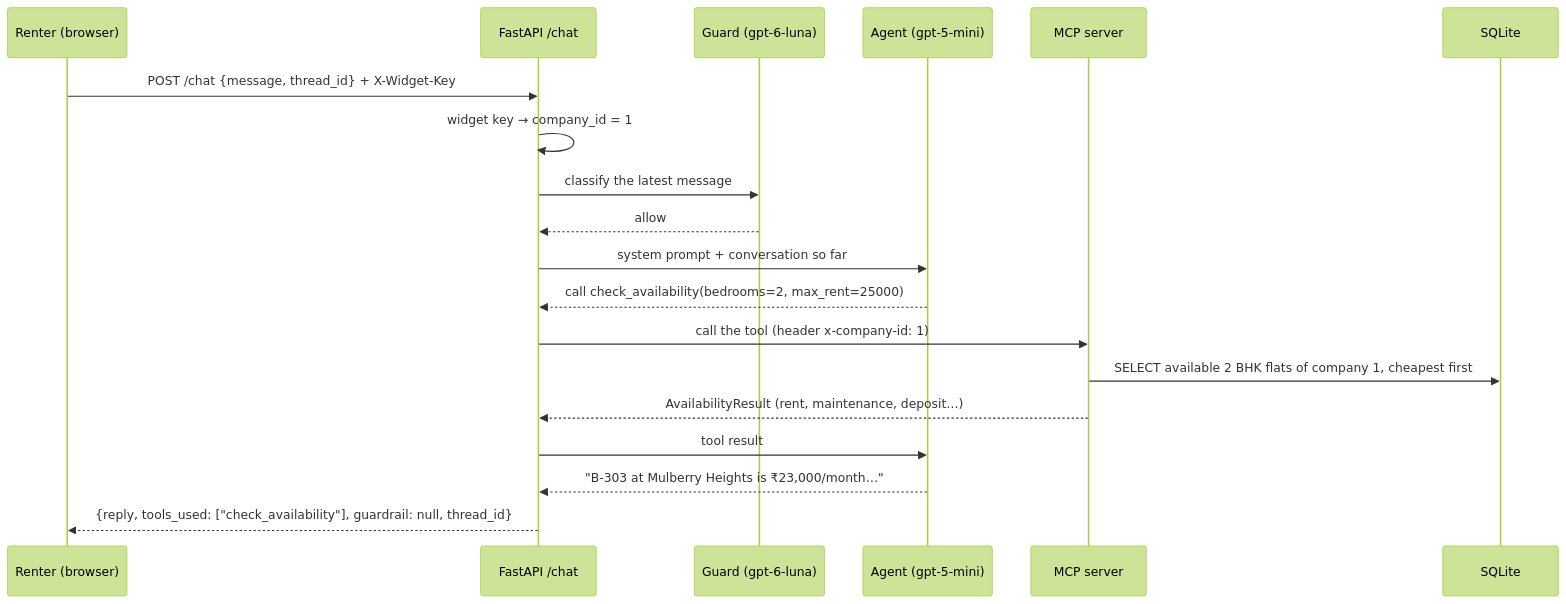
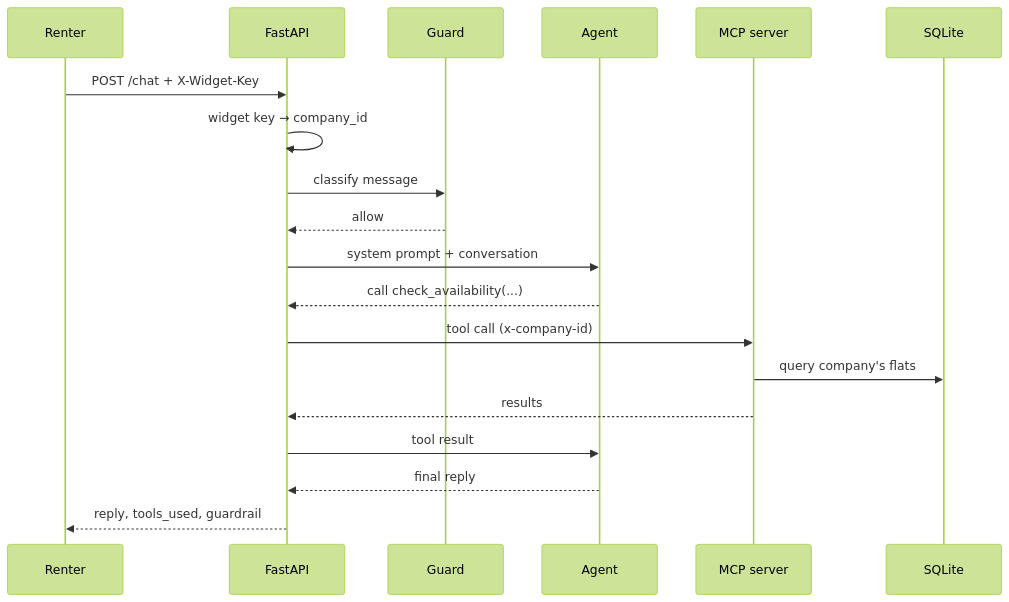
One commit to PrasadThorve/leasemate changed the second of 4 diagrams in README.md. Above: the diagram before and after it, drawn with Mermaid (forest theme). The commit also changed other lines of this file, not shown here.

````diff
--- a/README.md
+++ b/README.md
@@ -151,22 +205,22 @@
 ```mermaid
 sequenceDiagram
-    participant U as Renter (browser)
-    participant API as FastAPI /chat
-    participant G as Guard (gpt-6-luna)
-    participant A as Agent (gpt-5-mini)
+    participant U as Renter
+    participant API as FastAPI
+    participant G as Guard
+    participant A as Agent
     participant M as MCP server
     participant DB as SQLite
 
-    U->>API: POST /chat {message, thread_id} + X-Widget-Key
-    API->>API: widget key → company_id = 1
-    API->>G: classify the latest message
+    U->>API: POST /chat + X-Widget-Key
+    API->>API: widget key → company_id
+    API->>G: classify message
     G-->>API: allow
-    API->>A: system prompt + conversation so far
-    A-->>API: call check_availability(bedrooms=2, max_rent=25000)
-    API->>M: call the tool (header x-company-id: 1)
-    M->>DB: SELECT available 2 BHK flats of company 1, cheapest first
-    M-->>API: AvailabilityResult (rent, maintenance, deposit…)
+    API->>A: system prompt + conversation
+    A-->>API: call check_availability(...)
+    API->>M: tool call (x-company-id)
+    M->>DB: query company's flats
+    M-->>API: results
     API->>A: tool result
-    A-->>API: "B-303 at Mulberry Heights is ₹23,000/month…"
-    API-->>U: {reply, tools_used: ["check_availability"], guardrail: null, thread_id}
+    A-->>API: final reply
+    API-->>U: reply, tools_used, guardrail
 ```
````
